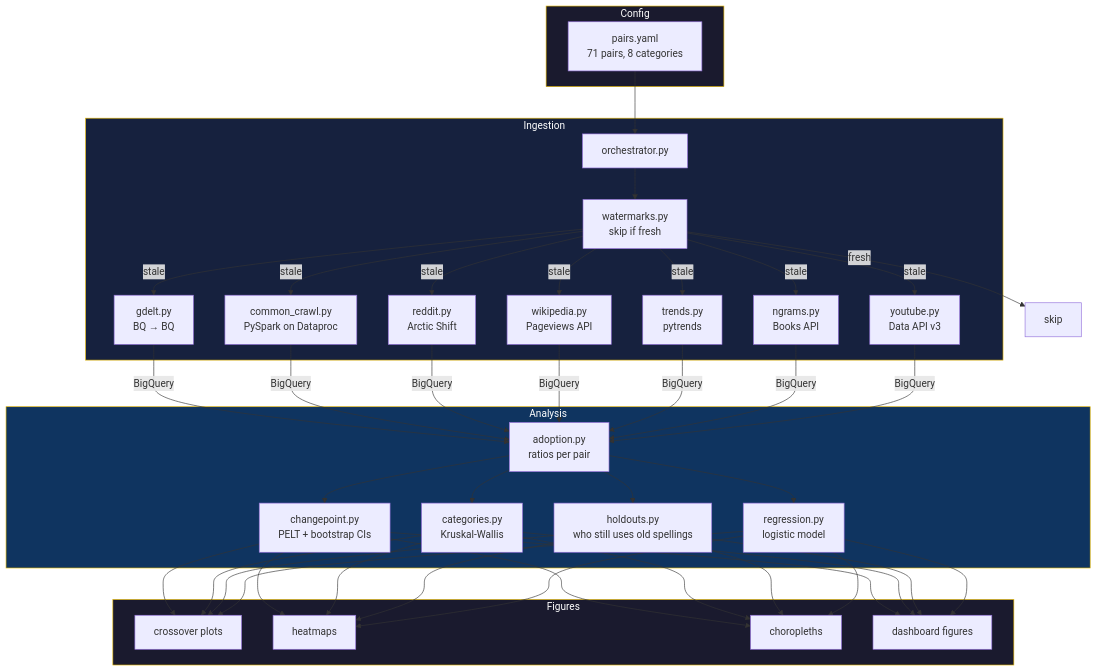
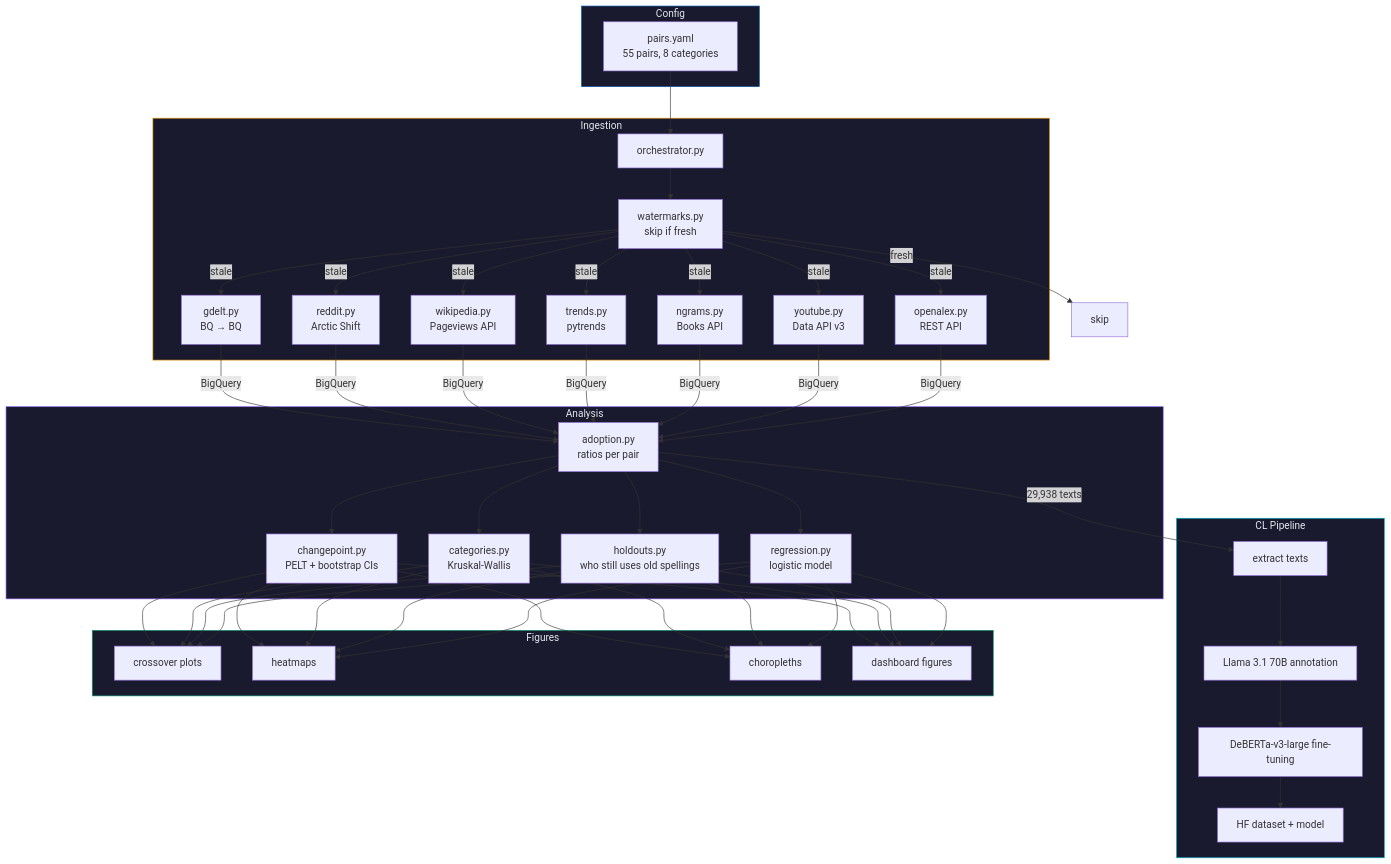
Before and after one commit to IvanDobrovolsky/kyivnotkiev: the diagram in pipeline/README.md, drawn with Mermaid. The commit also changed other lines of this file and 5 other files, not shown here.

First line of the commit message:
Update all READMEs: mermaid charts with site palette, accurate numbers, no folder trees

````diff
--- a/pipeline/README.md
+++ b/pipeline/README.md
@@ -7,45 +7,54 @@
 ```mermaid
 flowchart TD
     subgraph Config
-        style Config fill:#1a1a2e,stroke:#e6b800,color:#fff
-        pairs["pairs.yaml<br/>71 pairs, 8 categories"]
+        style Config fill:#1a1a2e,stroke:#0057B8,color:#e2e8f0
+        pairs["pairs.yaml<br/>55 pairs, 8 categories"]
     end
 
     subgraph Ingestion
-        style Ingestion fill:#16213e,stroke:#e6b800,color:#fff
+        style Ingestion fill:#1a1a2e,stroke:#f59e0b,color:#e2e8f0
         orch["orchestrator.py"]
         wm["watermarks.py<br/>skip if fresh"]
         gdelt["gdelt.py<br/>BQ → BQ"]
-        cc["common_crawl.py<br/>PySpark on Dataproc"]
         reddit["reddit.py<br/>Arctic Shift"]
         wiki["wikipedia.py<br/>Pageviews API"]
         trends["trends.py<br/>pytrends"]
         ngrams["ngrams.py<br/>Books API"]
         yt["youtube.py<br/>Data API v3"]
+        oa["openalex.py<br/>REST API"]
     end
 
     subgraph Analysis
-        style Analysis fill:#0f3460,stroke:#e6b800,color:#fff
+        style Analysis fill:#1a1a2e,stroke:#8b5cf6,color:#e2e8f0
         adopt["adoption.py<br/>ratios per pair"]
         cp["changepoint.py<br/>PELT + bootstrap CIs"]
         cat["categories.py<br/>Kruskal-Wallis"]
         hold["holdouts.py<br/>who still uses old spellings"]
         reg["regression.py<br/>logistic model"]
     end
 
+    subgraph CL["CL Pipeline"]
+        style CL fill:#1a1a2e,stroke:#06b6d4,color:#e2e8f0
+        extract["extract texts"]
+        annotate["Llama 3.1 70B annotation"]
+        finetune["DeBERTa-v3-large fine-tuning"]
+        export["HF dataset + model"]
+    end
+
     subgraph Figures
-        style Figures fill:#1a1a2e,stroke:#e6b800,color:#fff
+        style Figures fill:#1a1a2e,stroke:#059669,color:#e2e8f0
         cross["crossover plots"]
         heat["heatmaps"]
         choro["choropleths"]
         modern["dashboard figures"]
     end
 
     pairs --> orch
     orch --> wm
-    wm -->|stale| gdelt & cc & reddit & wiki & trends & ngrams & yt
+    wm -->|stale| gdelt & reddit & wiki & trends & ngrams & yt & oa
     wm -->|fresh| skip["skip"]
-    gdelt & cc & reddit & wiki & trends & ngrams & yt -->|BigQuery| adopt
+    gdelt & reddit & wiki & trends & ngrams & yt & oa -->|BigQuery| adopt
     adopt --> cp & cat & hold & reg
+    adopt -->|29,938 texts| extract --> annotate --> finetune --> export
     cp & cat & hold & reg --> cross & heat & choro & modern
 ```
````
